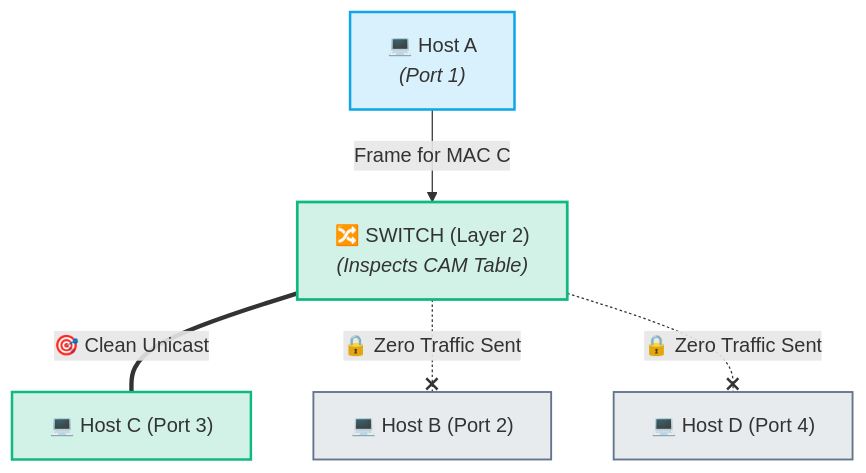
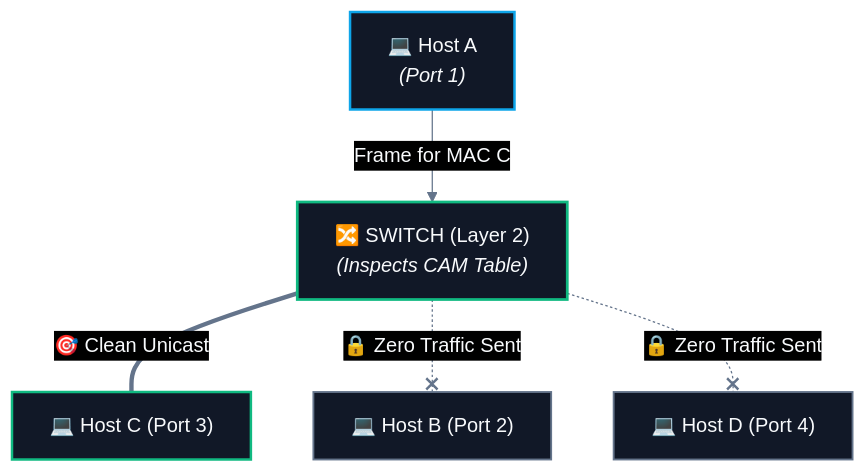
The second of 5 diagrams in CS/Computer Networking/01. Architecture & Fundamentals/05. Network Hardware - Hub, Switch, Router, Modem.md (abhinavbharti2345/CS_Notes), drawn with Mermaid before and after one commit. The commit also changed other lines of this file and 195 other files, not shown here.

````diff
--- a/CS/Computer Networking/01. Architecture & Fundamentals/05. Network Hardware - Hub, Switch, Router, Modem.md
+++ b/CS/Computer Networking/01. Architecture & Fundamentals/05. Network Hardware - Hub, Switch, Router, Modem.md
@@ -64,17 +65,18 @@
 ```mermaid
+%%{init: {'theme': 'base', 'themeVariables': { 'darkMode': true, 'background': '#0B0F14', 'mainBkg': '#111827', 'primaryColor': '#111827', 'primaryTextColor': '#F8FAFC', 'primaryBorderColor': '#38BDF8', 'lineColor': '#64748B', 'secondaryColor': '#0B0F14', 'tertiaryColor': '#0B0F14', 'clusterBkg': '#0B0F14', 'clusterBorder': '#38BDF8' }}}%%
 flowchart TD
     HostA2["💻 Host A<br><i>(Port 1)</i>"] -->|"Frame for MAC C"| Switch["🔀 SWITCH (Layer 2)<br><i>(Inspects CAM Table)</i>"]
     Switch ===|"🎯 Clean Unicast"| HostC2["💻 Host C (Port 3)"]
     Switch -.-x|"🔒 Zero Traffic Sent"| HostB2["💻 Host B (Port 2)"]
     Switch -.-x|"🔒 Zero Traffic Sent"| HostD2["💻 Host D (Port 4)"]
 
-    classDef sender fill:#0ea5e928,stroke:#0ea5e9,stroke-width:2px;
-    classDef sw fill:#10b98130,stroke:#10b981,stroke-width:2.2px;
-    classDef target fill:#10b98130,stroke:#10b981,stroke-width:2px;
-    classDef silent fill:#64748b25,stroke:#64748b,stroke-width:1.5px;
+    classDef sender fill:#111827,stroke:#0ea5e9,stroke-width:2px,color:#F8FAFC;
+    classDef sw fill:#111827,stroke:#10b981,stroke-width:2.2px,color:#F8FAFC;
+    classDef target fill:#111827,stroke:#10b981,stroke-width:2px,color:#F8FAFC;
+    classDef silent fill:#111827,stroke:#64748b,stroke-width:1.5px,color:#F8FAFC;
 
     class HostA2 sender;
     class Switch sw;
     class HostC2 target;
     class HostB2,HostD2 silent;
 ```
````
